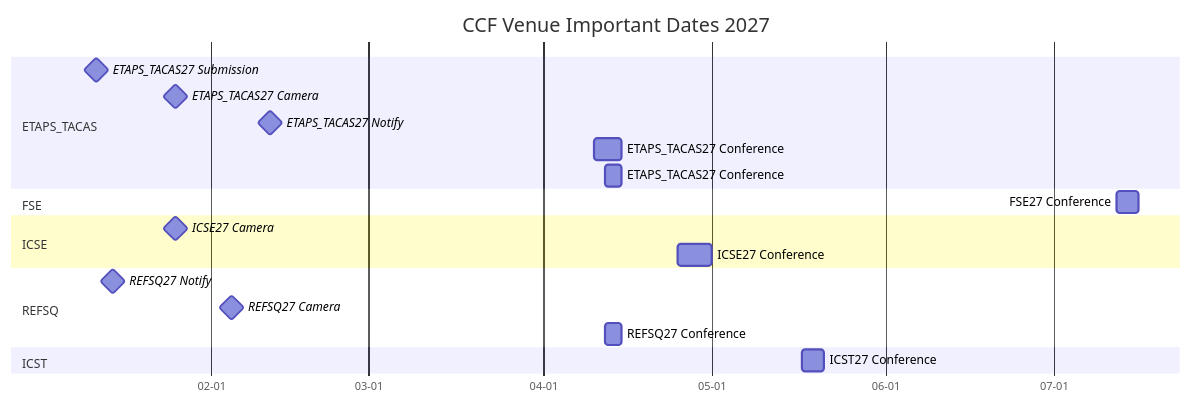
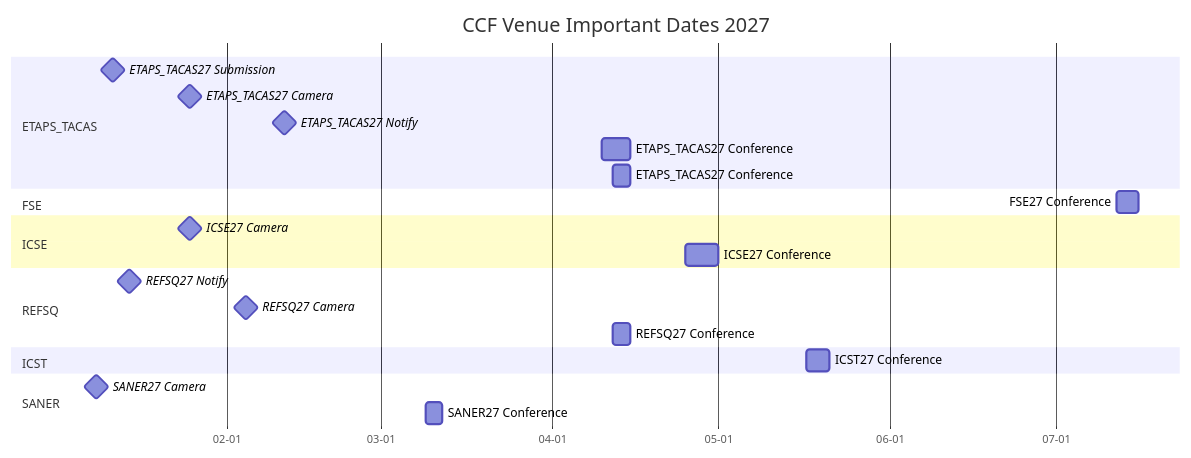
The second of 9 diagrams in ccf_venues/TIMELINE.md (HansBug/research_ideas), drawn with Mermaid before and after one commit. The commit also changed other lines of this file and 36 other files, not shown here.

````diff
--- a/ccf_venues/TIMELINE.md
+++ b/ccf_venues/TIMELINE.md
@@ -140,29 +144,33 @@
 ```mermaid
 gantt
   title CCF Venue Important Dates 2027
   dateFormat YYYY-MM-DD
   axisFormat %m-%d
 
   section ETAPS_TACAS
   ETAPS_TACAS27 Submission :milestone, etaps_tacas_2027_1_20270111, 2027-01-11, 1d
   ETAPS_TACAS27 Camera :milestone, etaps_tacas_2027_2_20270125, 2027-01-25, 1d
   ETAPS_TACAS27 Notify :milestone, etaps_tacas_2027_3_20270211, 2027-02-11, 1d
   ETAPS_TACAS27 Conference :etaps_tacas_2027_4_20270410, 2027-04-10, 2027-04-15
   ETAPS_TACAS27 Conference :etaps_tacas_2027_5_20270412, 2027-04-12, 2027-04-15
 
   section FSE
   FSE27 Conference :fse_2027_1_20270712, 2027-07-12, 2027-07-16
 
   section ICSE
   ICSE27 Camera :milestone, icse_2027_1_20270125, 2027-01-25, 1d
   ICSE27 Conference :icse_2027_2_20270425, 2027-04-25, 2027-05-01
 
   section REFSQ
   REFSQ27 Notify :milestone, refsq_2027_1_20270114, 2027-01-14, 1d
   REFSQ27 Camera :milestone, refsq_2027_2_20270204, 2027-02-04, 1d
   REFSQ27 Conference :refsq_2027_3_20270412, 2027-04-12, 2027-04-15
 
   section ICST
   ICST27 Conference :icst2027_conf, 2027-05-17, 2027-05-21
 
+  section SANER
+  SANER27 Camera :milestone, saner27_cam_20270108, 2027-01-08, 1d
+  SANER27 Conference :saner27_conf, 2027-03-09, 2027-03-12
+
 ```
````
